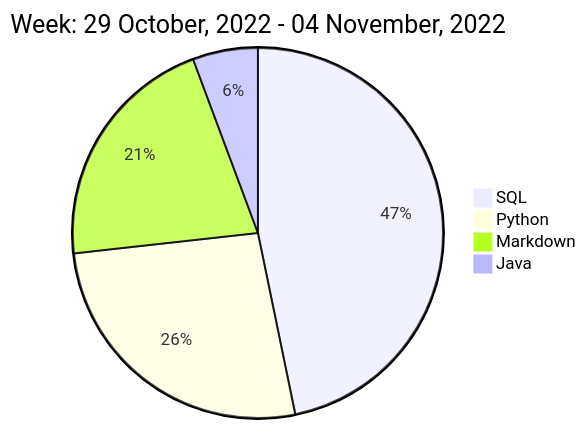
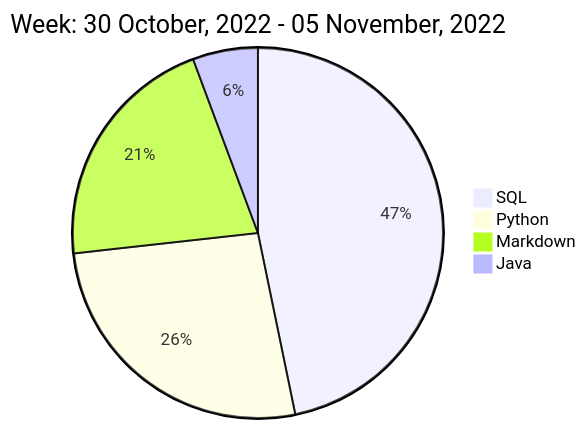
One commit to liubin95/liubin95 changed the diagram in README.md. Above: the diagram before and after it, drawn with Mermaid.

Commit message:
Updated the Graph with new Metrics

````diff
--- a/README.md
+++ b/README.md
@@ -40,8 +40,8 @@
 ```mermaid
  pie
-title Week: 29 October, 2022 - 04 November, 2022
+title Week: 30 October, 2022 - 05 November, 2022
  "SQL" : 4.77
  "Python" : 2.7
  "Markdown" : 2.15
  "Java" : 0.58
 ```
````
